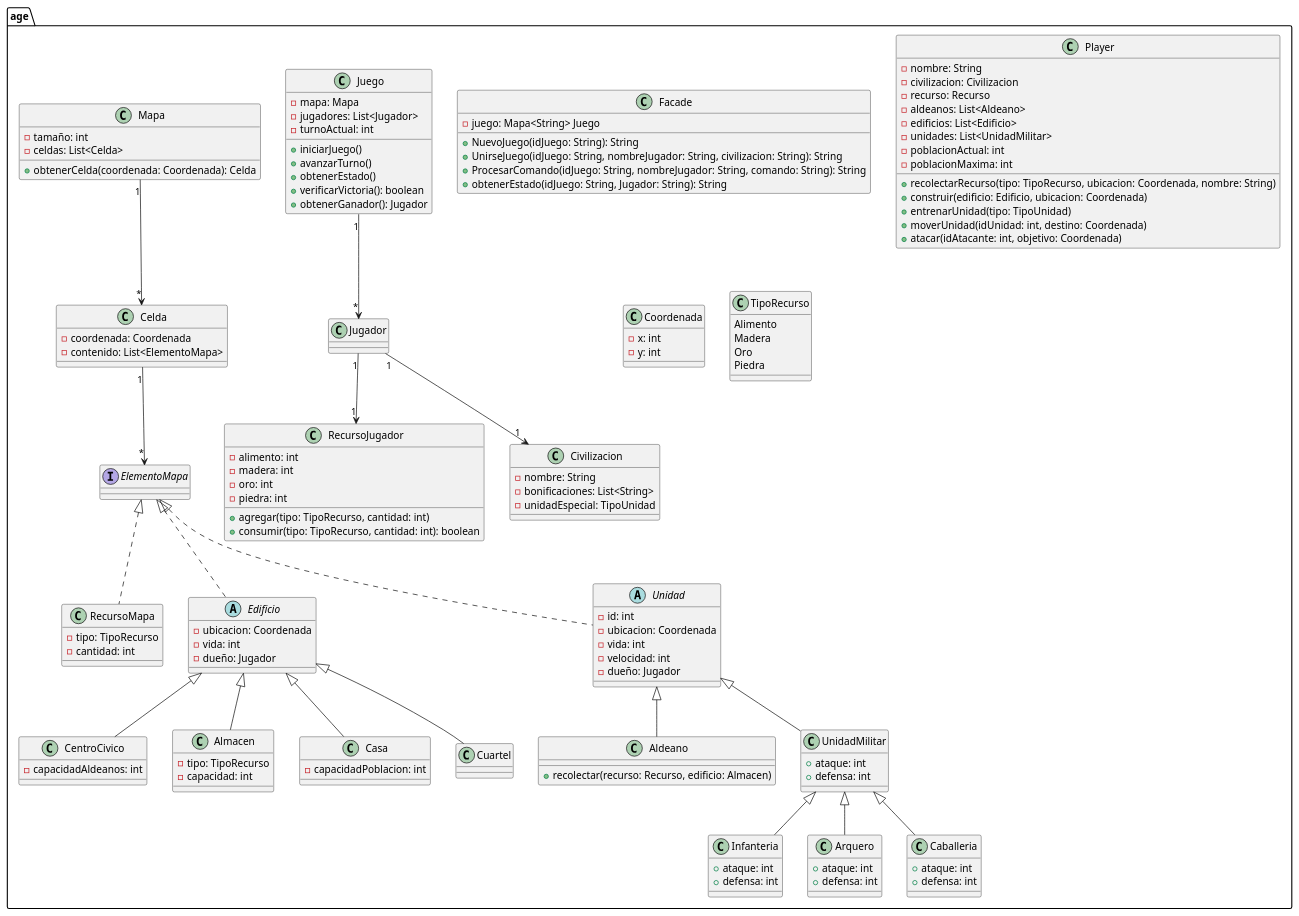
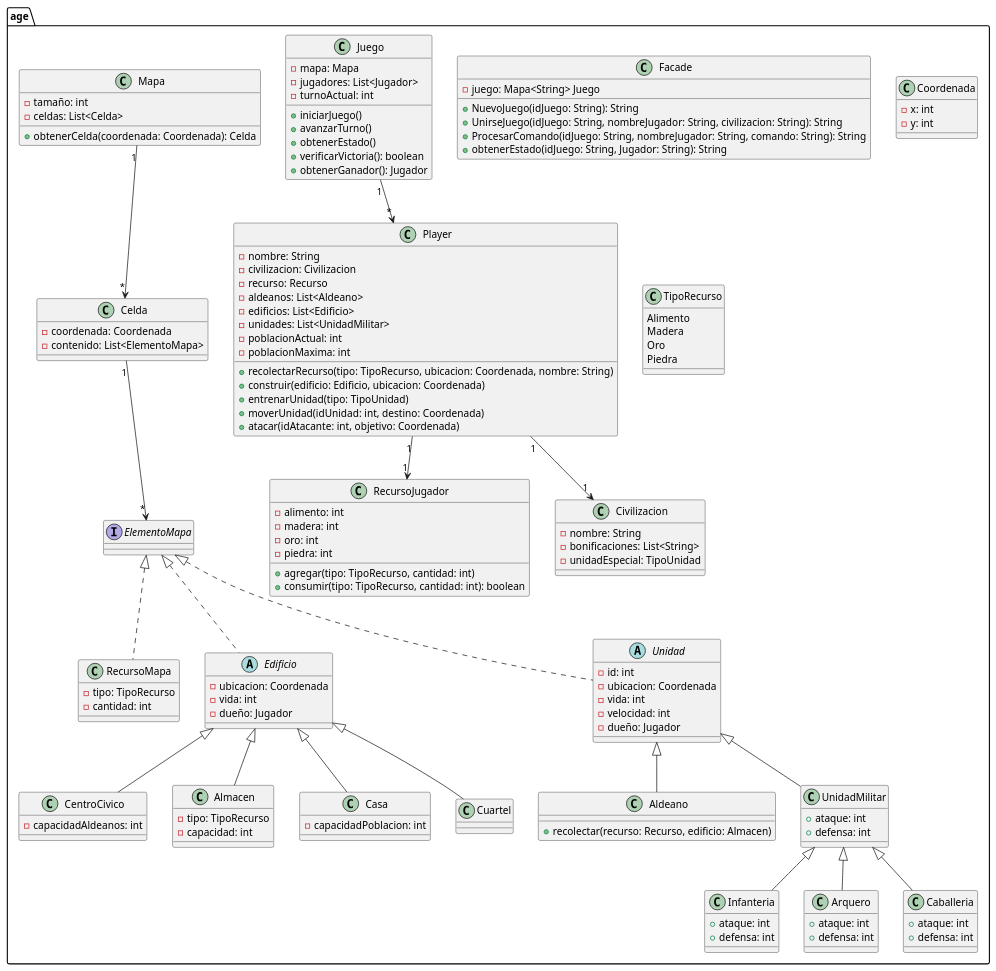
One commit to mcaetano7/proyectop22025 changed the diagram in src/scratch.puml. Above: the diagram before and after it, drawn with PlantUML.

Commit message:
final uml

```diff
--- a/src/scratch.puml
+++ b/src/scratch.puml
@@ -1,150 +1,150 @@
 @startuml PIIProyecto2025
 
 
 package "age" {
 
     class Facade {
     - juego: Mapa<String> Juego
     + NuevoJuego(idJuego: String): String
     + UnirseJuego(idJuego: String, nombreJugador: String, civilizacion: String): String
     + ProcesarComando(idJuego: String, nombreJugador: String, comando: String): String
     + obtenerEstado(idJuego: String, Jugador: String): String
     }
     
     class Juego {
         - mapa: Mapa
         - jugadores: List<Jugador>
         - turnoActual: int
         + iniciarJuego()
         + avanzarTurno()
         + obtenerEstado()
         + verificarVictoria(): boolean
         + obtenerGanador(): Jugador
     }
 
     class Player {
         - nombre: String
         - civilizacion: Civilizacion
         - recurso: Recurso
         - aldeanos: List<Aldeano>
         - edificios: List<Edificio>
         - unidades: List<UnidadMilitar>
         - poblacionActual: int
         - poblacionMaxima: int
         + recolectarRecurso(tipo: TipoRecurso, ubicacion: Coordenada, nombre: String)
         + construir(edificio: Edificio, ubicacion: Coordenada)
         + entrenarUnidad(tipo: TipoUnidad)
         + moverUnidad(idUnidad: int, destino: Coordenada)
         + atacar(idAtacante: int, objetivo: Coordenada)
     }
 
     class Mapa {
         - tamaño: int
         - celdas: List<Celda>
         + obtenerCelda(coordenada: Coordenada): Celda
     }
 
     class Celda {
         - coordenada: Coordenada
         - contenido: List<ElementoMapa>
     }
 
     class Coordenada {
         - x: int
         - y: int
     }
 
     interface ElementoMapa {
     }
 
     class RecursoMapa implements ElementoMapa {
         - tipo: TipoRecurso
         - cantidad: int
     }
 
     class TipoRecurso {
         Alimento
         Madera
         Oro
         Piedra
     }
 
     class RecursoJugador {
         - alimento: int
         - madera: int
         - oro: int
         - piedra: int
         + agregar(tipo: TipoRecurso, cantidad: int)
         + consumir(tipo: TipoRecurso, cantidad: int): boolean
     }
 
     class Civilizacion {
         - nombre: String
         - bonificaciones: List<String>
         - unidadEspecial: TipoUnidad
     }
 
     abstract class Edificio implements ElementoMapa {
         - ubicacion: Coordenada
         - vida: int
         - dueño: Jugador
     }
 
     class CentroCivico extends Edificio {
         - capacidadAldeanos: int
     }
 
     class Almacen extends Edificio {
         - tipo: TipoRecurso
         - capacidad: int
     }
 
     class Casa extends Edificio {
         - capacidadPoblacion: int
     }
 
     class Cuartel extends Edificio {
     }
 
     abstract class Unidad implements ElementoMapa {
         - id: int
         - ubicacion: Coordenada
         - vida: int
         - velocidad: int
         - dueño: Jugador
     }
 
     class Aldeano extends Unidad {
         + recolectar(recurso: Recurso, edificio: Almacen)
     }
 
     class UnidadMilitar extends Unidad {
         + ataque: int
         + defensa: int
     }
 
     class Infanteria extends UnidadMilitar {
         + ataque: int 
         + defensa: int
     
     }
 
     class Arquero extends UnidadMilitar {
         + ataque: int 
         + defensa: int 
     }
 
     class Caballeria extends UnidadMilitar {
         + ataque: int 
         + defensa: int 
     }
     
-    Juego "1" --> "*" Jugador
-    Jugador "1" --> "1" Civilizacion
-    Jugador "1" --> "1" RecursoJugador
+    Juego "1" --> "*" Player
+    Player "1" --> "1" Civilizacion
+    Player "1" --> "1" RecursoJugador
     Mapa "1" --> "*" Celda
     Celda "1" --> "*" ElementoMapa
 
 }
 
 @enduml
```
